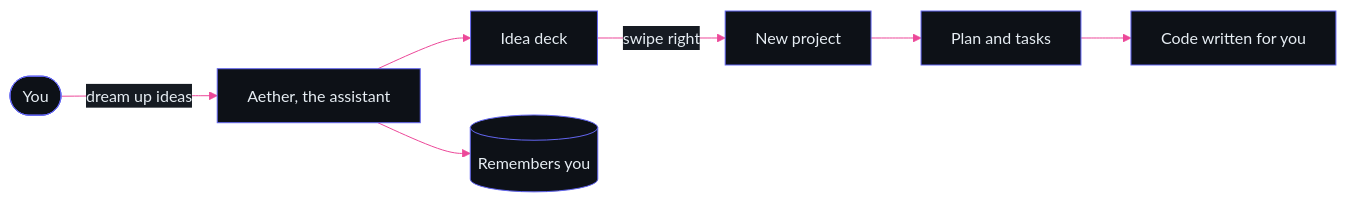
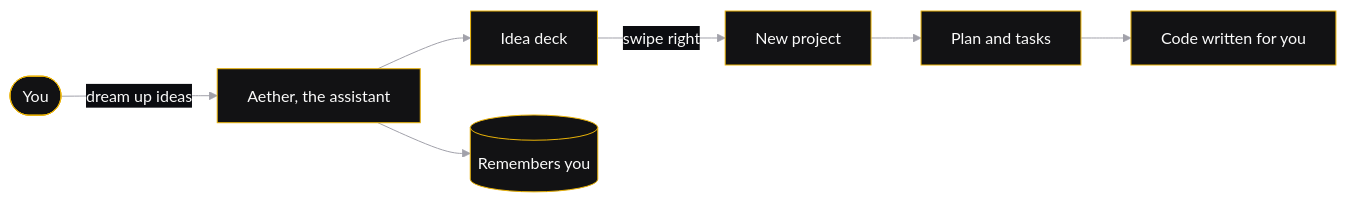
Before and after one commit to F0rger123/devspace: the first of 2 diagrams in README.md, drawn with Mermaid. The commit also changed other lines of this file and 2 other files, not shown here.

````diff
--- a/README.md
+++ b/README.md
@@ -55,10 +72,10 @@
 ```mermaid
-%%{init: {'theme':'base','themeVariables':{'primaryColor':'#0d1117','primaryTextColor':'#e6edf3','primaryBorderColor':'#6366f1','lineColor':'#ec4899','secondaryColor':'#161b22','tertiaryColor':'#0d1117','clusterBkg':'transparent','clusterBorder':'#6366f1','noteBkgColor':'#161b22','noteTextColor':'#e6edf3','actorBkg':'#0d1117','actorTextColor':'#e6edf3','actorBorder':'#6366f1','signalColor':'#ec4899','signalTextColor':'#ec4899','labelBoxBkgColor':'#0d1117','fontFamily':'inherit'}}}%%
+%%{init: {'theme':'base','themeVariables':{'primaryColor':'#121214','primaryTextColor':'#fafafa','primaryBorderColor':'#eab308','lineColor':'#a1a1aa','secondaryColor':'#0b0c10','tertiaryColor':'#1c1c1f','clusterBkg':'transparent','clusterBorder':'#eab308','noteBkgColor':'#0b0c10','noteTextColor':'#fafafa','actorBkg':'#121214','actorTextColor':'#fafafa','actorBorder':'#eab308','signalColor':'#a1a1aa','signalTextColor':'#a1a1aa','labelBoxBkgColor':'#121214','fontFamily':'inherit'}}}%%
 flowchart LR
     You(["You"]) -->|dream up ideas| Aether["Aether, the assistant"]
     Aether --> Ideas["Idea deck"]
     Ideas -->|swipe right| Project["New project"]
     Project --> Steps["Plan and tasks"]
     Steps --> Code["Code written for you"]
     Aether --> Mem[("Remembers you")]
 ```
````
